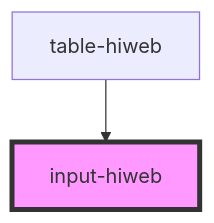
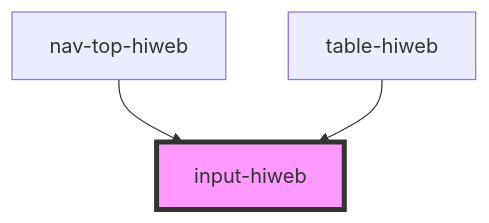
Before and after one commit to ansariymahdi/design-system-hiweb: the diagram in src/components/input-hiweb/readme.md, drawn with Mermaid. The commit also changed other lines of this file and 27 other files, not shown here.

````diff
--- a/src/components/input-hiweb/readme.md
+++ b/src/components/input-hiweb/readme.md
@@ -47,5 +48,6 @@
 ```mermaid
 graph TD;
+  nav-top-hiweb --> input-hiweb
   table-hiweb --> input-hiweb
   style input-hiweb fill:#f9f,stroke:#333,stroke-width:4px
 ```
````
